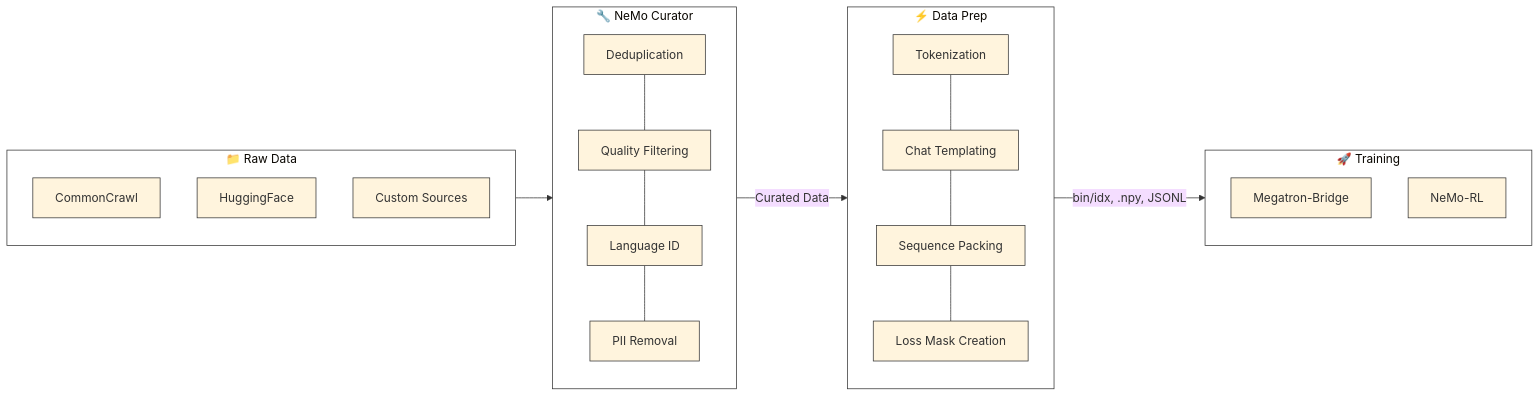
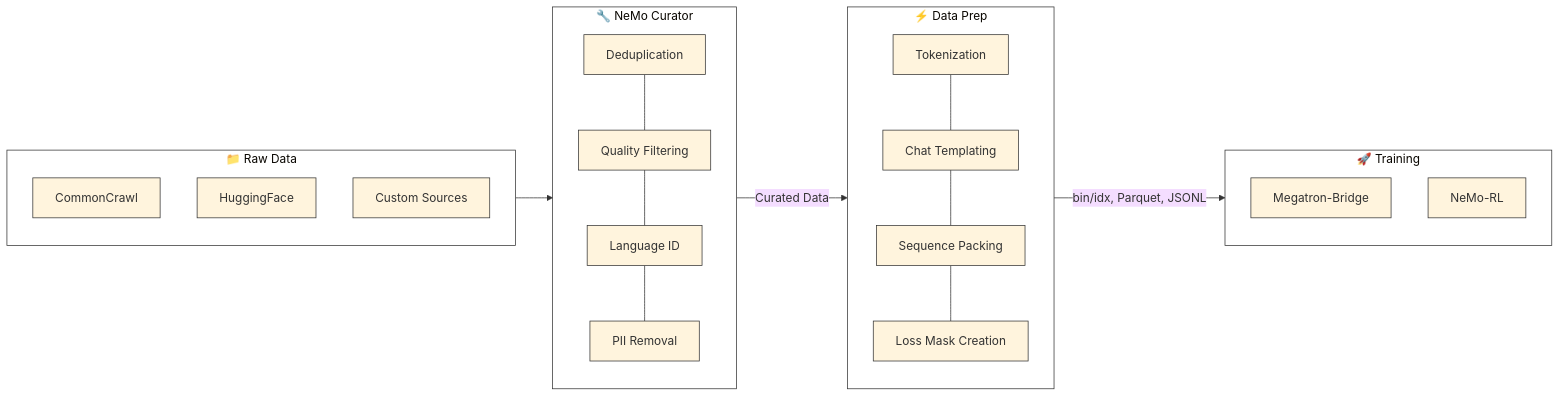
Before and after one commit to akao47/Nemotron: the diagram in docs/nemotron/data-prep.md, drawn with Mermaid. The commit also changed other lines of this file and 21 other files, not shown here.

````diff
--- a/docs/nemotron/data-prep.md
+++ b/docs/nemotron/data-prep.md
@@ -21,34 +21,34 @@
 ```mermaid
 %%{init: {'theme': 'base', 'themeVariables': { 'primaryBorderColor': '#333333', 'lineColor': '#333333', 'primaryTextColor': '#333333', 'clusterBkg': '#ffffff', 'clusterBorder': '#333333'}}}%%
 flowchart LR
     subgraph sources["📁 Raw Data"]
         CC["CommonCrawl"]
         HF["HuggingFace"]
         Custom["Custom Sources"]
     end
 
     subgraph curator["🔧 NeMo Curator"]
         C1["Deduplication"]
         C2["Quality Filtering"]
         C3["Language ID"]
         C4["PII Removal"]
         C1 --- C2 --- C3 --- C4
     end
 
     subgraph dataprep["⚡ Data Prep"]
         D1["Tokenization"]
         D2["Chat Templating"]
         D3["Sequence Packing"]
         D4["Loss Mask Creation"]
         D1 --- D2 --- D3 --- D4
     end
 
     subgraph training["🚀 Training"]
         T1["Megatron-Bridge"]
         T2["NeMo-RL"]
     end
 
     sources --> curator
     curator -->|"Curated Data"| dataprep
-    dataprep -->|"bin/idx, .npy, JSONL"| training
+    dataprep -->|"bin/idx, Parquet, JSONL"| training
 ```
````
